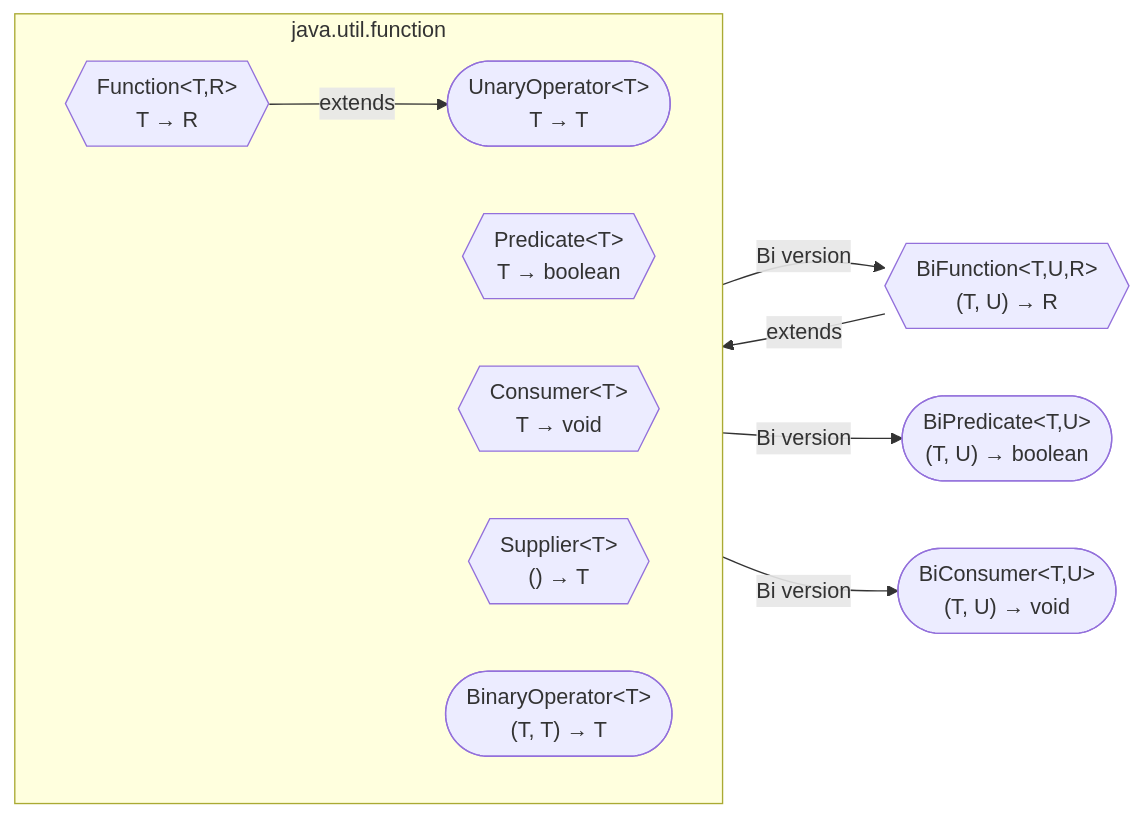
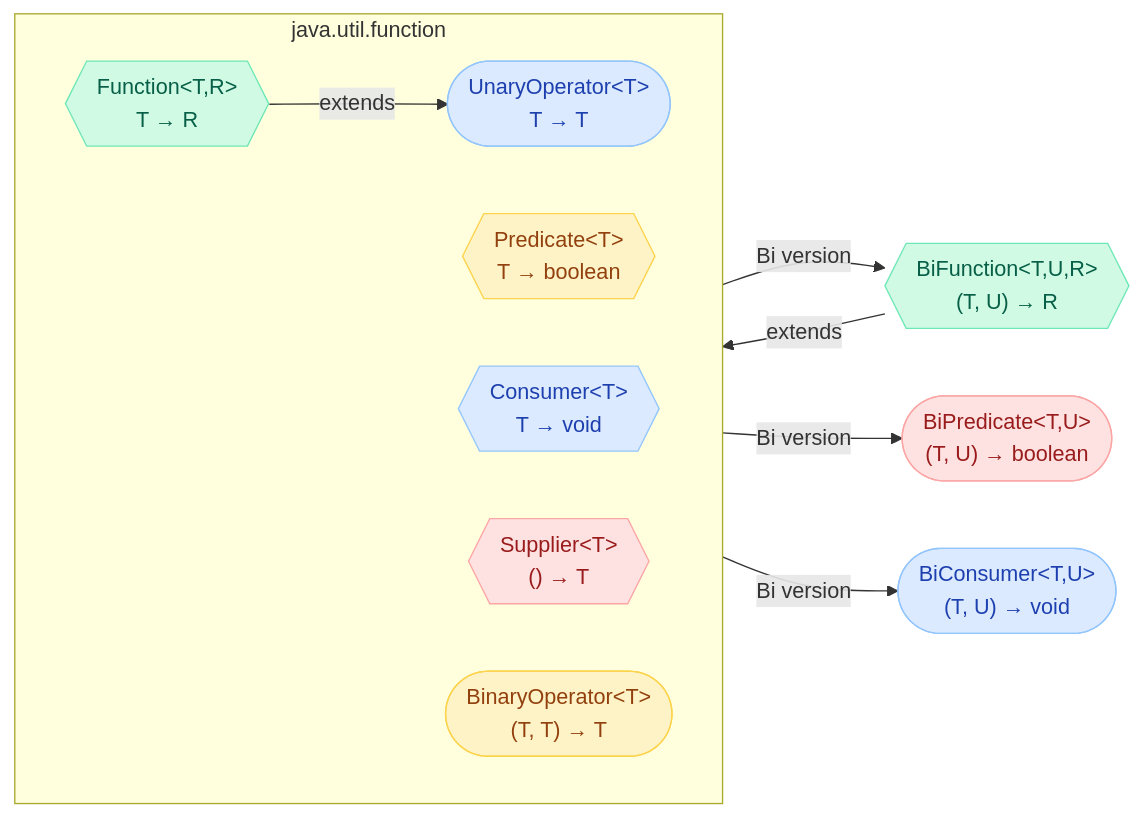
One commit to saivamsikaruturi/vamsilabs-dev-notes-main changed the first of 4 diagrams in docs/java/FunctionalProgramming.md. Above: the diagram before and after it, drawn with Mermaid. The commit also changed other lines of this file and 220 other files, not shown here.

First line of the commit message:
Add 50+ new Java/Spring Boot pages, rewrite CSS code blocks to Oracle style, fix all diagram colors

````diff
--- a/docs/java/FunctionalProgramming.md
+++ b/docs/java/FunctionalProgramming.md
@@ -29,17 +29,27 @@
 ```mermaid
 flowchart LR
     subgraph "java.util.function"
         direction LR
         F{{"Function&lt;T,R&gt;<br/>T → R"}}
         P{{"Predicate&lt;T&gt;<br/>T → boolean"}}
         C{{"Consumer&lt;T&gt;<br/>T → void"}}
         S{{"Supplier&lt;T&gt;<br/>() → T"}}
         UO(["UnaryOperator&lt;T&gt;<br/>T → T"])
         BO(["BinaryOperator&lt;T&gt;<br/>(T, T) → T"])
     end
     F -->|"extends"| UO
     F -->|"Bi version"| BF{{"BiFunction&lt;T,U,R&gt;<br/>(T, U) → R"}}
     BF -->|"extends"| BO
     P -->|"Bi version"| BP(["BiPredicate&lt;T,U&gt;<br/>(T, U) → boolean"])
     C -->|"Bi version"| BC(["BiConsumer&lt;T,U&gt;<br/>(T, U) → void"])
+
+    style BC fill:#DBEAFE,stroke:#93C5FD,color:#1E40AF
+    style BF fill:#D1FAE5,stroke:#6EE7B7,color:#065F46
+    style BO fill:#FEF3C7,stroke:#FCD34D,color:#92400E
+    style BP fill:#FEE2E2,stroke:#FCA5A5,color:#991B1B
+    style C fill:#DBEAFE,stroke:#93C5FD,color:#1E40AF
+    style F fill:#D1FAE5,stroke:#6EE7B7,color:#065F46
+    style P fill:#FEF3C7,stroke:#FCD34D,color:#92400E
+    style S fill:#FEE2E2,stroke:#FCA5A5,color:#991B1B
+    style UO fill:#DBEAFE,stroke:#93C5FD,color:#1E40AF
 ```
````
